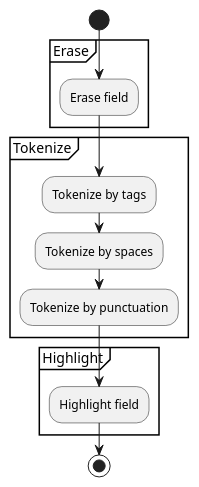
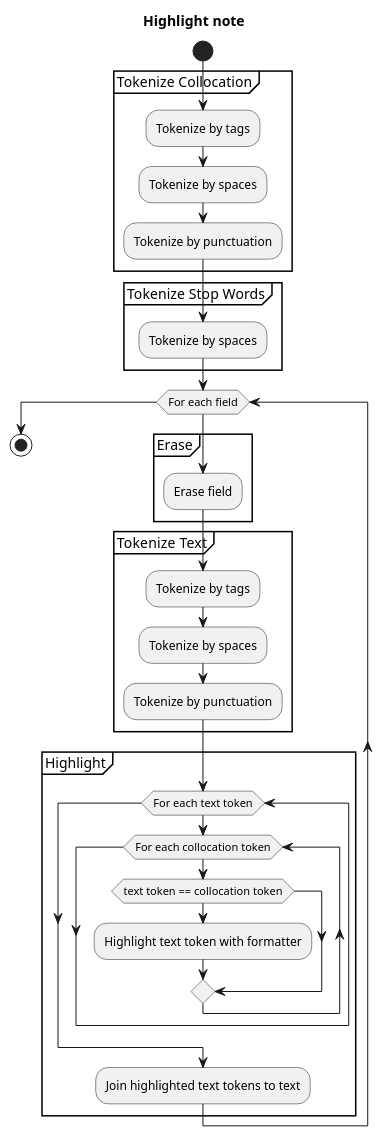
Before and after one commit to Aleks-Ya/cross-field-highlighter-anki-addon: the diagram in docs-template/uml/highlight_algorithm_activity.puml, drawn with PlantUML. The commit also changed 12 other files, not shown here.

```diff
--- a/docs-template/uml/highlight_algorithm_activity.puml
+++ b/docs-template/uml/highlight_algorithm_activity.puml
@@ -1,19 +1,37 @@
 @startuml
 'https://plantuml.com/activity-diagram-beta
 
+title Highlight note
 
 start
+partition Tokenize Collocation {
+    :Tokenize by tags;
+    :Tokenize by spaces;
+    :Tokenize by punctuation;
+}
+partition Tokenize Stop Words {
+    :Tokenize by spaces;
+}
+while (For each field)
 partition Erase {
     :Erase field;
 }
-partition Tokenize {
+partition Tokenize Text {
     :Tokenize by tags;
     :Tokenize by spaces;
     :Tokenize by punctuation;
 }
 partition Highlight {
-    :Highlight field;
+    while (For each text token)
+        while (For each collocation token)
+            if (text token == collocation token)
+                :Highlight text token with formatter;
+            end if
+        end while
+    end while
+    :Join highlighted text tokens to text;
 }
+end while
 stop
 
 @enduml
```
